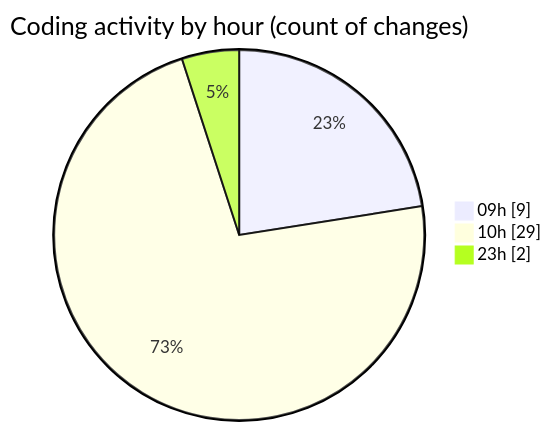
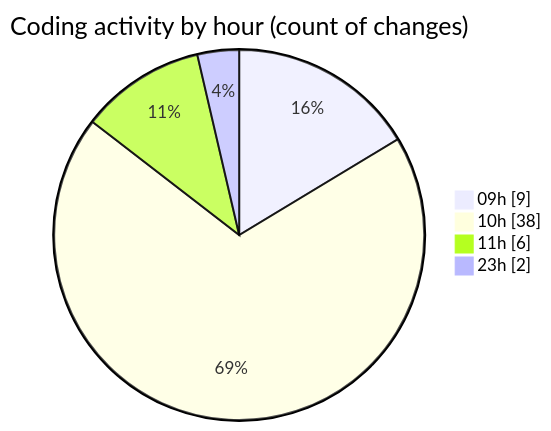
One commit to Elitesun/code-tracking changed the second of 2 diagrams in 2025-05-19/niten/README.md. Above: the diagram before and after it, drawn with Mermaid. The commit also changed other lines of this file and 1 other file, not shown here.

````diff
--- a/2025-05-19/niten/README.md
+++ b/2025-05-19/niten/README.md
@@ -42,7 +48,8 @@
 ```mermaid
 pie showData
 title Coding activity by hour (count of changes)
 "09h" : 9
-"10h" : 29
+"10h" : 38
+"11h" : 6
 "23h" : 2
 ```
````
